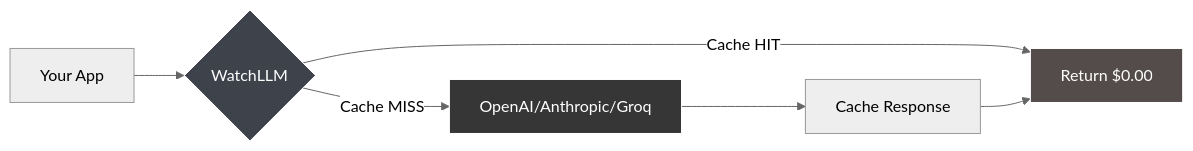
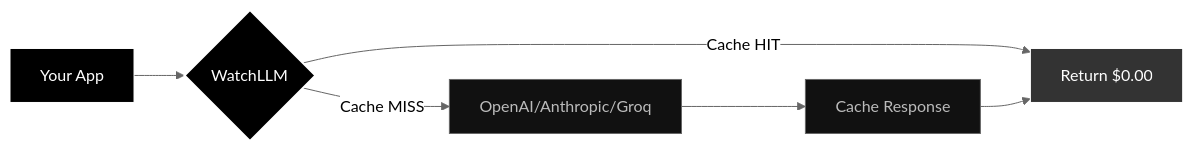
One commit to kaadipranav/kaadipranav changed the first of 2 diagrams in README.md. Above: the diagram before and after it, drawn with Mermaid (neutral theme). The commit also changed other lines of this file, not shown here.

````diff
--- a/README.md
+++ b/README.md
@@ -26,11 +26,13 @@
 ```mermaid
 graph LR
     A[Your App] --> B{WatchLLM}
     B -->|Cache HIT| C[Return $0.00]
     B -->|Cache MISS| D[OpenAI/Anthropic/Groq]
     D --> E[Cache Response]
     E --> C
-    style B fill:#3E424B,stroke:#FFF,color:#FFF
-    style C fill:#544C4A,stroke:#FFF,color:#FFF
-    style D fill:#363636,stroke:#FFF,color:#FFF
+    style A fill:#000,stroke:#FFF,color:#FFF
+    style B fill:#000,stroke:#FFF,stroke-width:2px,color:#FFF
+    style C fill:#333,stroke:#FFF,color:#FFF
+    style D fill:#111,stroke:#666,color:#BBB
+    style E fill:#111,stroke:#666,color:#BBB
 ```
````
